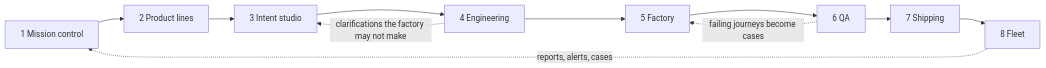
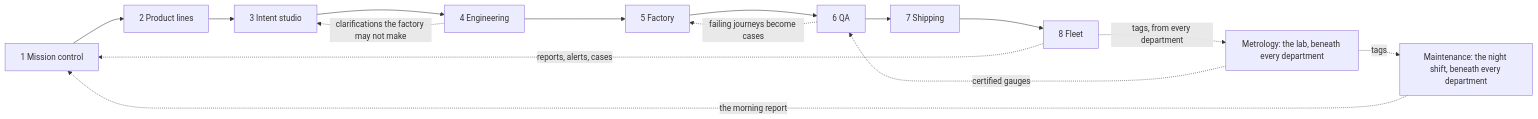
Before and after one commit to russlittle/ZTHR: the diagram in intent/docs/personas.md, drawn with Mermaid. The commit also changed other lines of this file and 72 other files, not shown here.

First line of the commit message:
Metrology and Maintenance departments, the plant map, and 15 work orders closed

````diff
--- a/intent/docs/personas.md
+++ b/intent/docs/personas.md
@@ -5,7 +5,13 @@
 ```mermaid
 flowchart LR
   M[1 Mission control] --> L[2 Product lines] --> I[3 Intent studio] --> E[4 Engineering] --> F[5 Factory] --> Q[6 QA] --> S[7 Shipping] --> FL[8 Fleet]
   FL -. reports, alerts, cases .-> M
   Q -. failing journeys become cases .-> F
   E -. clarifications the factory may not make .-> I
+  MY[Metrology: the lab, beneath every department]
+  MT[Maintenance: the night shift, beneath every department]
+  MY -. certified gauges .-> Q
+  FL -. tags, from every department .-> MY
+  MY -. tags .-> MT
+  MT -. the morning report .-> M
 ```
````
